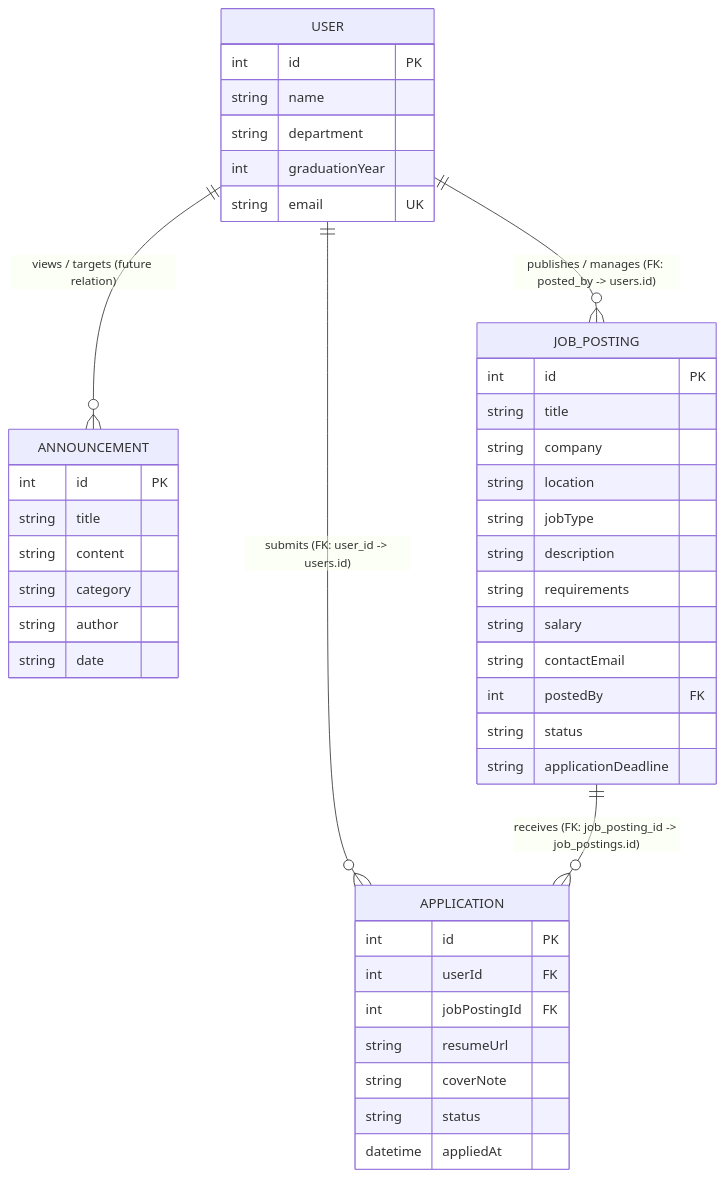
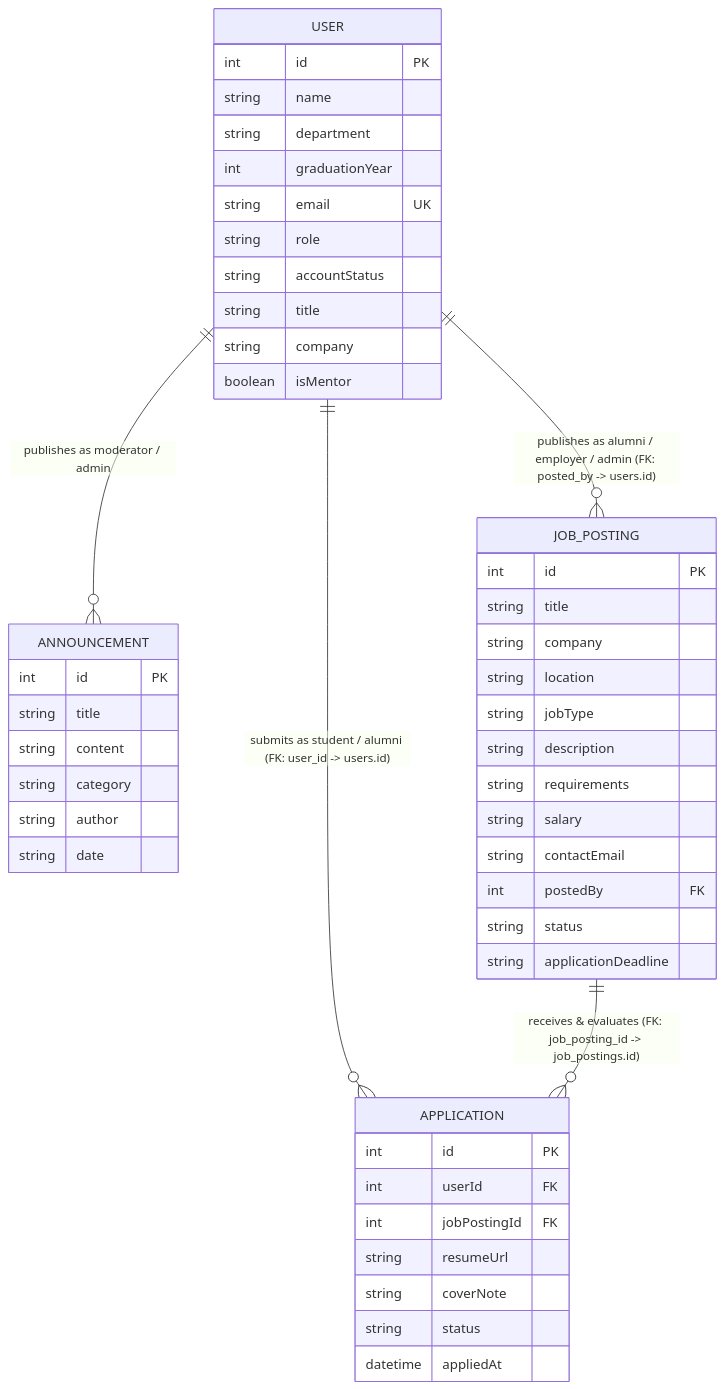
One commit to HakanURAL06/alumni changed the second of 5 diagrams in ddd.md. Above: the diagram before and after it, drawn with Mermaid. The commit also changed other lines of this file and 40 other files, not shown here.

````diff
--- a/ddd.md
+++ b/ddd.md
@@ -187,49 +259,54 @@
 ```mermaid
 erDiagram
     USER {
         int id PK
         string name
         string department
         int graduationYear
         string email UK
+        string role
+        string accountStatus
+        string title
+        string company
+        boolean isMentor
     }
 
     ANNOUNCEMENT {
         int id PK
         string title
         string content
         string category
         string author
         string date
     }
 
     JOB_POSTING {
         int id PK
         string title
         string company
         string location
         string jobType
         string description
         string requirements
         string salary
         string contactEmail
         int postedBy FK
         string status
         string applicationDeadline
     }
 
     APPLICATION {
         int id PK
         int userId FK
         int jobPostingId FK
         string resumeUrl
         string coverNote
         string status
         datetime appliedAt
     }
 
-    USER ||--o{ JOB_POSTING : "publishes / manages (FK: posted_by -> users.id)"
-    USER ||--o{ APPLICATION : "submits (FK: user_id -> users.id)"
-    JOB_POSTING ||--o{ APPLICATION : "receives (FK: job_posting_id -> job_postings.id)"
-    USER ||--o{ ANNOUNCEMENT : "views / targets (future relation)"
+    USER ||--o{ JOB_POSTING : "publishes as alumni / employer / admin (FK: posted_by -> users.id)"
+    USER ||--o{ APPLICATION : "submits as student / alumni (FK: user_id -> users.id)"
+    JOB_POSTING ||--o{ APPLICATION : "receives & evaluates (FK: job_posting_id -> job_postings.id)"
+    USER ||--o{ ANNOUNCEMENT : "publishes as moderator / admin"
 ```
````
